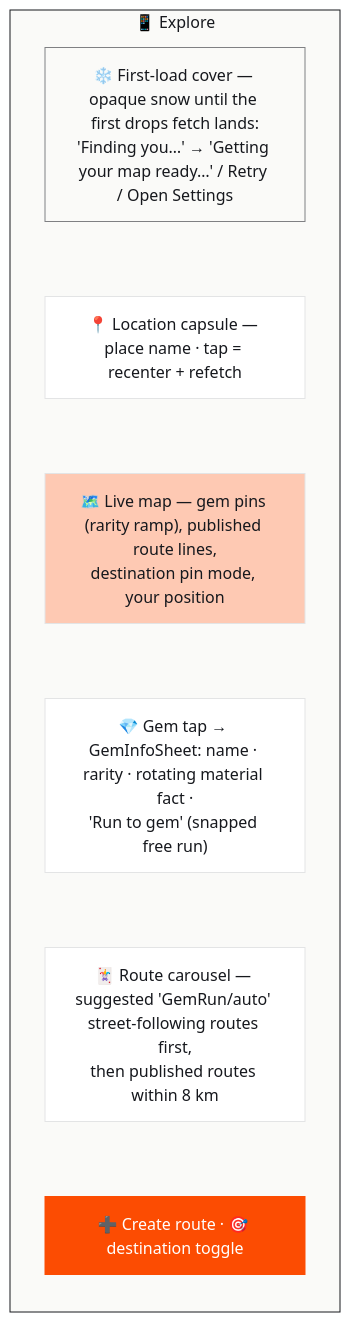
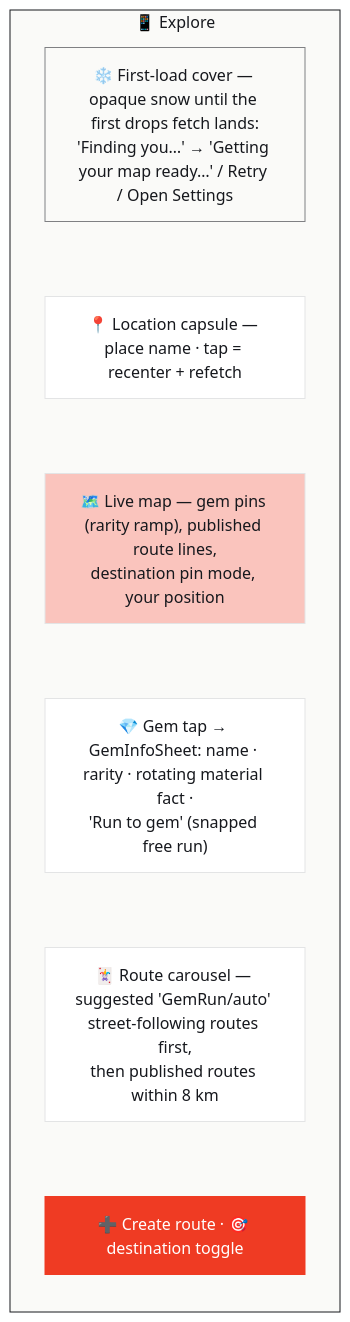
Before and after one commit to Ifthikar20/project-gr: the sixth of 17 diagrams in docs/16-architecture-deep-dive.md, drawn with Mermaid. The commit also changed other lines of this file and 6 other files, not shown here.

````diff
--- a/docs/16-architecture-deep-dive.md
+++ b/docs/16-architecture-deep-dive.md
@@ -282,18 +282,18 @@
 ```mermaid
 flowchart TB
     subgraph EXPLORE["📱 Explore"]
         direction TB
         X0["❄️ First-load cover — opaque snow until the first drops fetch lands:<br/>'Finding you…' → 'Getting your map ready…' / Retry / Open Settings"]:::snow
         X1["📍 Location capsule — place name · tap = recenter + refetch"]:::card
         X2["🗺️ Live map — gem pins (rarity ramp), published route lines,<br/>destination pin mode, your position"]:::map
         X3["💎 Gem tap → GemInfoSheet: name · rarity · rotating material fact ·<br/>'Run to gem' (snapped free run)"]:::card
         X4["🃏 Route carousel — suggested 'GemRun/auto' street-following routes first,<br/>then published routes within 8 km"]:::card
         X5["➕ Create route · 🎯 destination toggle"]:::pulse
         X0 ~~~ X1 ~~~ X2 ~~~ X3 ~~~ X4 ~~~ X5
     end
     classDef snow fill:#FAFAF8,stroke:#7F8083,color:#16181D
     classDef card fill:#FFFFFF,stroke:#E3E4E5,color:#16181D
-    classDef map fill:#FEC9B3,stroke:#E3E4E5,color:#16181D
-    classDef pulse fill:#FC4C02,stroke:#FC4C02,color:#FFFFFF
+    classDef map fill:#FAC4BD,stroke:#E3E4E5,color:#16181D
+    classDef pulse fill:#EF3B23,stroke:#EF3B23,color:#FFFFFF
     style EXPLORE fill:#FAFAF8,stroke:#16181D,color:#16181D
 ```
````
